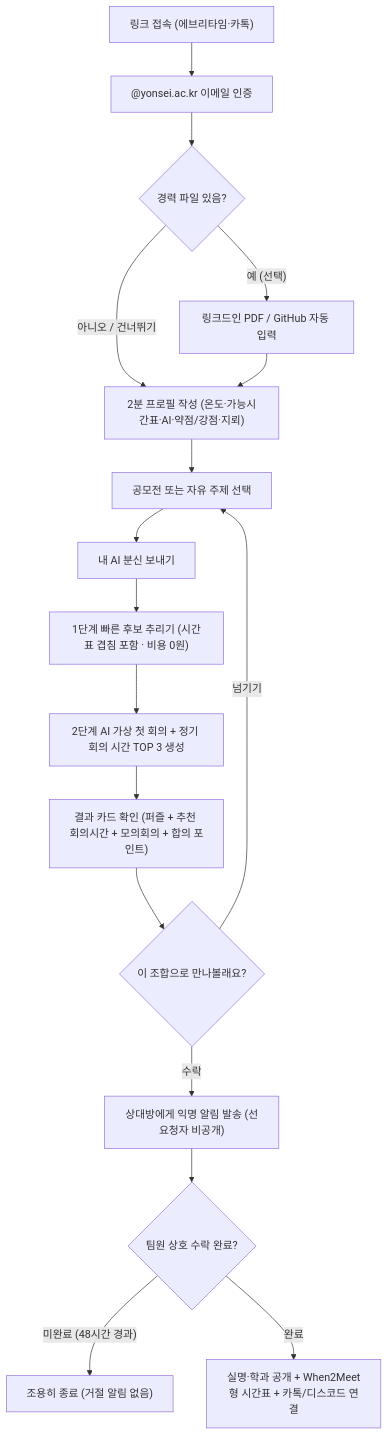
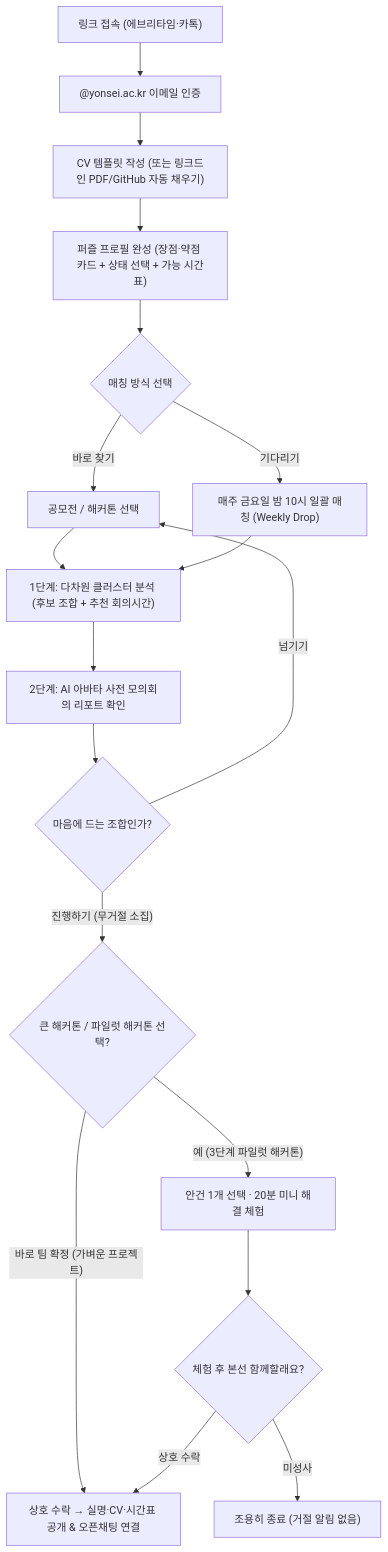
The diagram in docs/proposal/05-workflow.md (halieyyoon/yccthon_capybara), drawn with Mermaid before and after one commit. The commit also changed other lines of this file and 5 other files, not shown here.

Commit message:
Update proposals with finalized 3 MVP core features (cluster->avatar->pilot, puzzle profile+weekly drop, CV template)

````diff
--- a/docs/proposal/05-workflow.md
+++ b/docs/proposal/05-workflow.md
@@ -9,19 +9,20 @@
 ```mermaid
 flowchart TD
     A["링크 접속 (에브리타임·카톡)"] --> B["@yonsei.ac.kr 이메일 인증"]
-    B --> C{"경력 파일 있음?"}
-    C -- "예 (선택)" --> D["링크드인 PDF / GitHub 자동 입력"]
-    C -- "아니오 / 건너뛰기" --> E["2분 프로필 작성 (온도·가능시간표·AI·약점/강점·지뢰)"]
-    D --> E
-    E --> F["공모전 또는 자유 주제 선택"]
-    F --> G["내 AI 분신 보내기"]
-    G --> H["1단계 빠른 후보 추리기 (시간표 겹침 포함 · 비용 0원)"]
-    H --> I["2단계 AI 가상 첫 회의 + 정기 회의 시간 TOP 3 생성"]
-    I --> J["결과 카드 확인 (퍼즐 + 추천 회의시간 + 모의회의 + 합의 포인트)"]
-    J --> K{"이 조합으로 만나볼래요?"}
-    K -- "넘기기" --> F
-    K -- "수락" --> L["상대방에게 익명 알림 발송 (선요청자 비공개)"]
-    L --> M{"팀원 상호 수락 완료?"}
-    M -- "미완료 (48시간 경과)" --> N["조용히 종료 (거절 알림 없음)"]
-    M -- "완료" --> O["실명·학과 공개 + When2Meet형 시간표 + 카톡/디스코드 연결"]
+    B --> C["CV 템플릿 작성 (또는 링크드인 PDF/GitHub 자동 채우기)"]
+    C --> D["퍼즐 프로필 완성 (장점·약점 카드 + 상태 선택 + 가능 시간표)"]
+    D --> E{"매칭 방식 선택"}
+    E -- "바로 찾기" --> F["공모전 / 해커톤 선택"]
+    E -- "기다리기" --> G["매주 금요일 밤 10시 일괄 매칭 (Weekly Drop)"]
+    F --> H["1단계: 다차원 클러스터 분석 (후보 조합 + 추천 회의시간)"]
+    G --> H
+    H --> I["2단계: AI 아바타 사전 모의회의 리포트 확인"]
+    I --> J{"마음에 드는 조합인가?"}
+    J -- "넘기기" --> F
+    J -- "진행하기 (무거절 소집)" --> K{"큰 해커톤 / 파일럿 해커톤 선택?"}
+    K -- "바로 팀 확정 (가벼운 프로젝트)" --> M["상호 수락 → 실명·CV·시간표 공개 & 오픈채팅 연결"]
+    K -- "예 (3단계 파일럿 해커톤)" --> L["안건 1개 선택 · 20분 미니 해결 체험"]
+    L --> N{"체험 후 본선 함께할래요?"}
+    N -- "미성사" --> O["조용히 종료 (거절 알림 없음)"]
+    N -- "상호 수락" --> M
 ```
````
